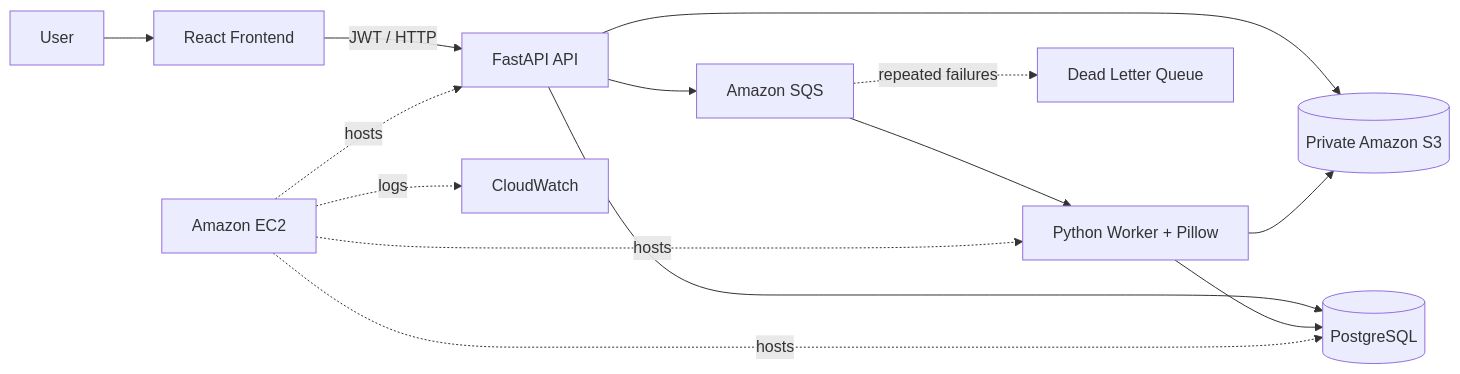
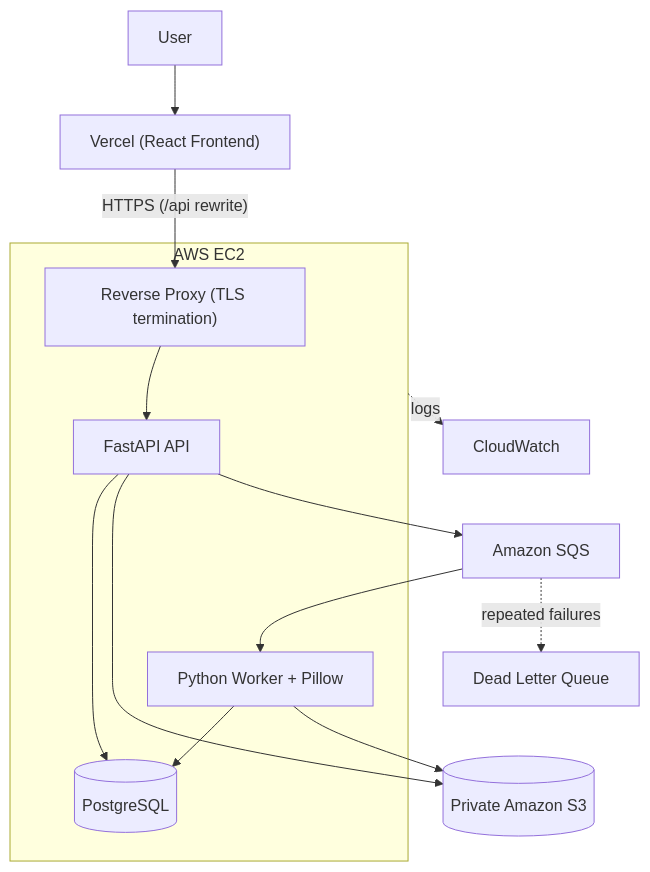
One commit to manishkrmahato/CloudFlow changed the diagram in README.md. Above: the diagram before and after it, drawn with Mermaid. The commit also changed other lines of this file, not shown here.

````diff
--- a/README.md
+++ b/README.md
@@ -154,24 +158,23 @@
 ```mermaid
-flowchart LR
+flowchart TB
 
-    U[User] --> F[React Frontend]
+    U[User] --> V["Vercel (React Frontend)"]
 
-    F -->|JWT / HTTP| A[FastAPI API]
+    V -->|"HTTPS (/api rewrite)"| P["Reverse Proxy (TLS termination)"]
 
-    A --> DB[(PostgreSQL)]
+    subgraph EC2["AWS EC2"]
+        P --> A[FastAPI API]
+        A --> DB[(PostgreSQL)]
+        W["Python Worker + Pillow"] --> DB
+    end
+
     A --> S3[(Private Amazon S3)]
     A --> Q[Amazon SQS]
 
-    Q --> W[Python Worker + Pillow]
-
+    Q --> W
     W --> S3
-    W --> DB
 
     Q -. repeated failures .-> DLQ[Dead Letter Queue]
 
-    EC2[Amazon EC2] -. hosts .-> A
-    EC2 -. hosts .-> W
-    EC2 -. hosts .-> DB
-
     EC2 -. logs .-> CW[CloudWatch]
 ```
````
